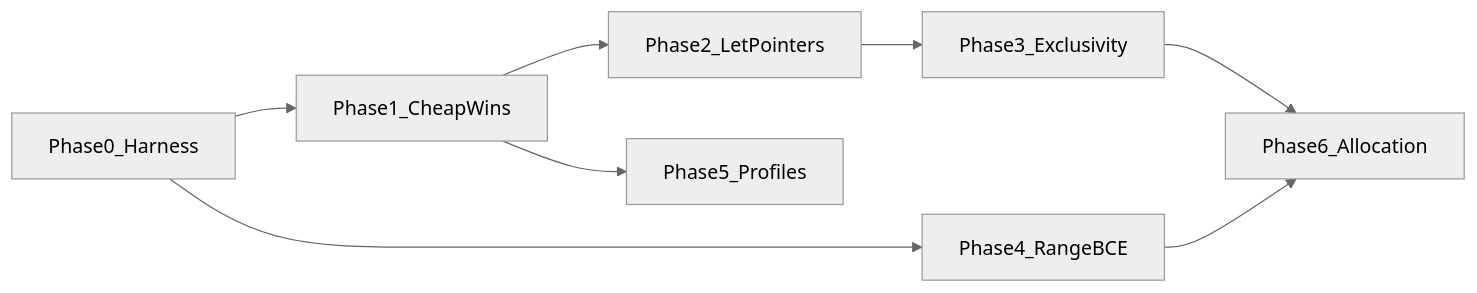
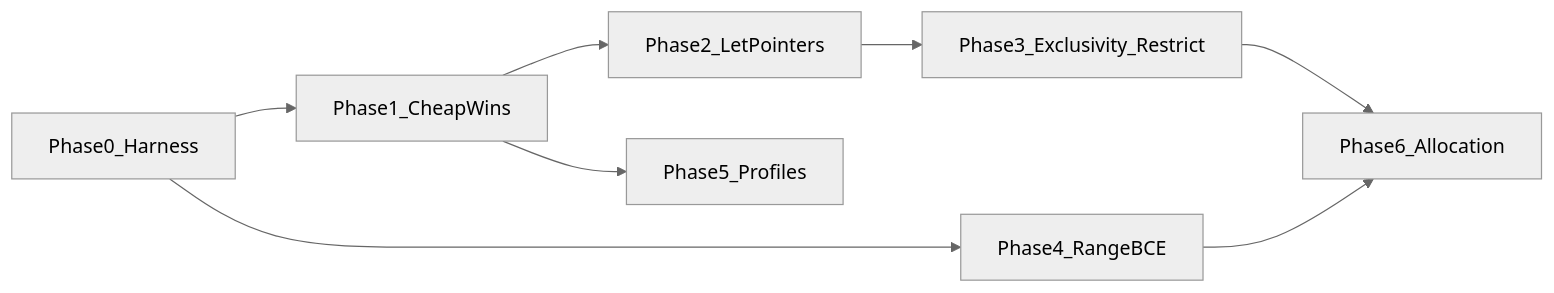
One commit to NtEuphoria/beryl changed the diagram in docs/V0_2_PERFORMANCE_PLAN.md. Above: the diagram before and after it, drawn with Mermaid (neutral theme). The commit also changed other lines of this file and 324 other files, not shown here.

````diff
--- a/docs/V0_2_PERFORMANCE_PLAN.md
+++ b/docs/V0_2_PERFORMANCE_PLAN.md
@@ -84,10 +62,10 @@
 ```mermaid
 flowchart LR
     P0[Phase0_Harness] --> P1[Phase1_CheapWins]
     P1 --> P2[Phase2_LetPointers]
-    P2 --> P3[Phase3_Exclusivity]
     P0 --> P4[Phase4_RangeBCE]
+    P2 --> P3[Phase3_Exclusivity_Restrict]
     P1 --> P5[Phase5_Profiles]
     P3 --> P6[Phase6_Allocation]
     P4 --> P6
 ```
````
